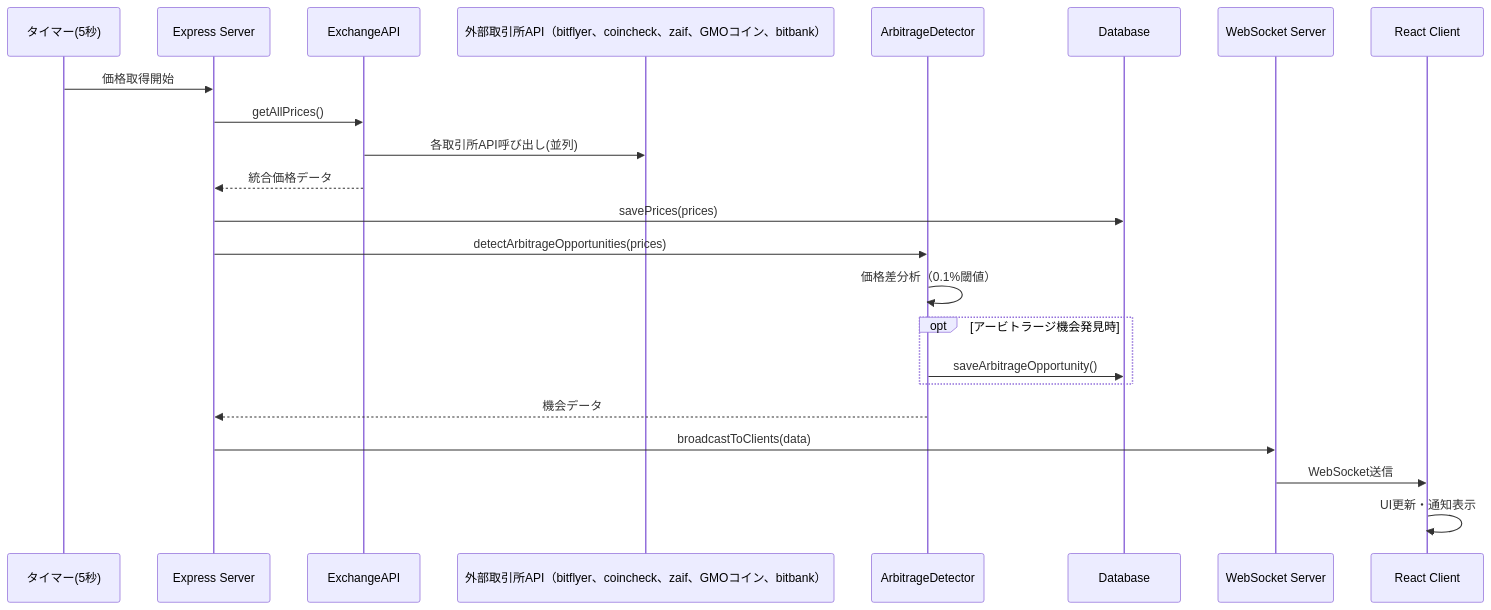
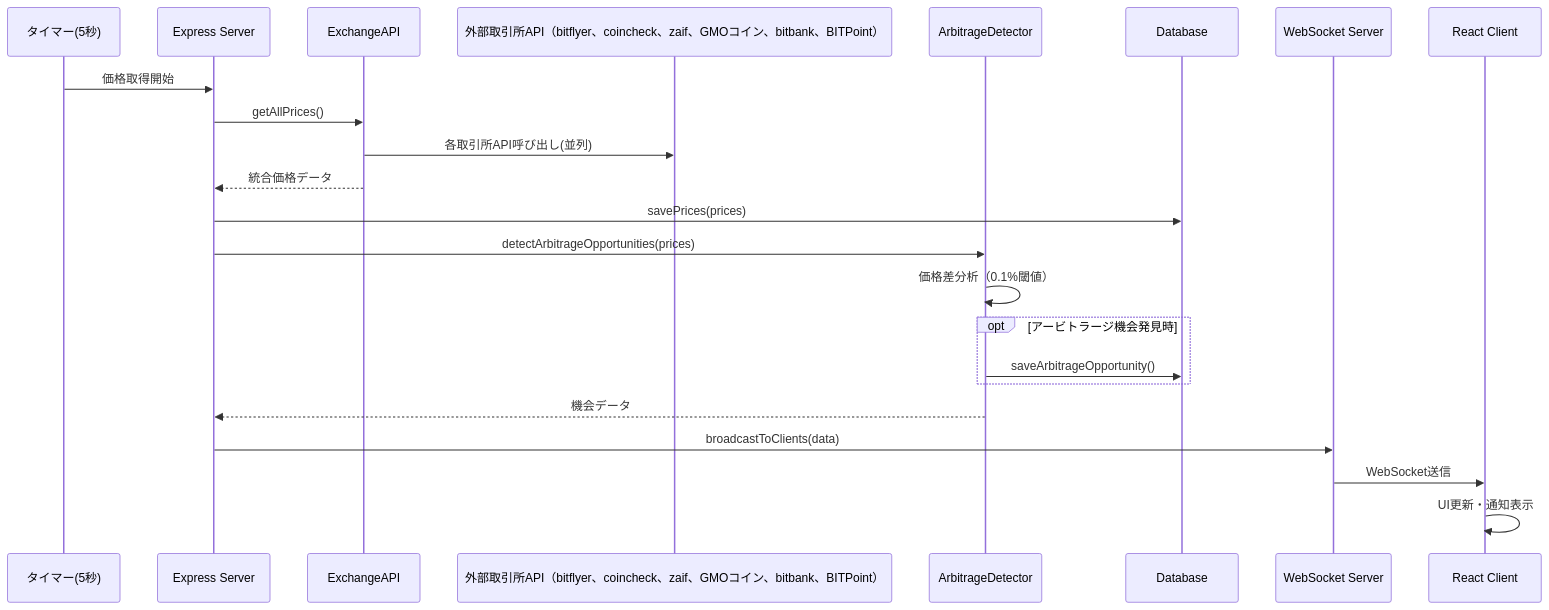
One commit to mnbhsgw/bitcoin-arbitrage2 changed the fourth of 5 diagrams in 高レベル設計書.md. Above: the diagram before and after it, drawn with Mermaid. The commit also changed other lines of this file and 1 other file, not shown here.

````diff
--- a/高レベル設計書.md
+++ b/高レベル設計書.md
@@ -173,30 +174,30 @@
 ```mermaid
 sequenceDiagram
     participant Timer as タイマー(5秒)
     participant Server as Express Server
     participant ExAPI as ExchangeAPI
-    participant ExternalAPI as 外部取引所API（bitflyer、coincheck、zaif、GMOコイン、bitbank）
+    participant ExternalAPI as 外部取引所API（bitflyer、coincheck、zaif、GMOコイン、bitbank、BITPoint）
     participant ArbiDet as ArbitrageDetector
     participant DB as Database
     participant WSS as WebSocket Server
     participant Client as React Client
     
     Timer->>Server: 価格取得開始
     Server->>ExAPI: getAllPrices()
     
     ExAPI->>ExternalAPI: 各取引所API呼び出し(並列)
     
     ExAPI-->>Server: 統合価格データ
     Server->>DB: savePrices(prices)
     Server->>ArbiDet: detectArbitrageOpportunities(prices)
     ArbiDet->>ArbiDet: 価格差分析（0.1%閾値）
     
     opt アービトラージ機会発見時
         ArbiDet->>DB: saveArbitrageOpportunity()
     end
     
     ArbiDet-->>Server: 機会データ
     Server->>WSS: broadcastToClients(data)
     WSS->>Client: WebSocket送信
     Client->>Client: UI更新・通知表示
 ```
````
